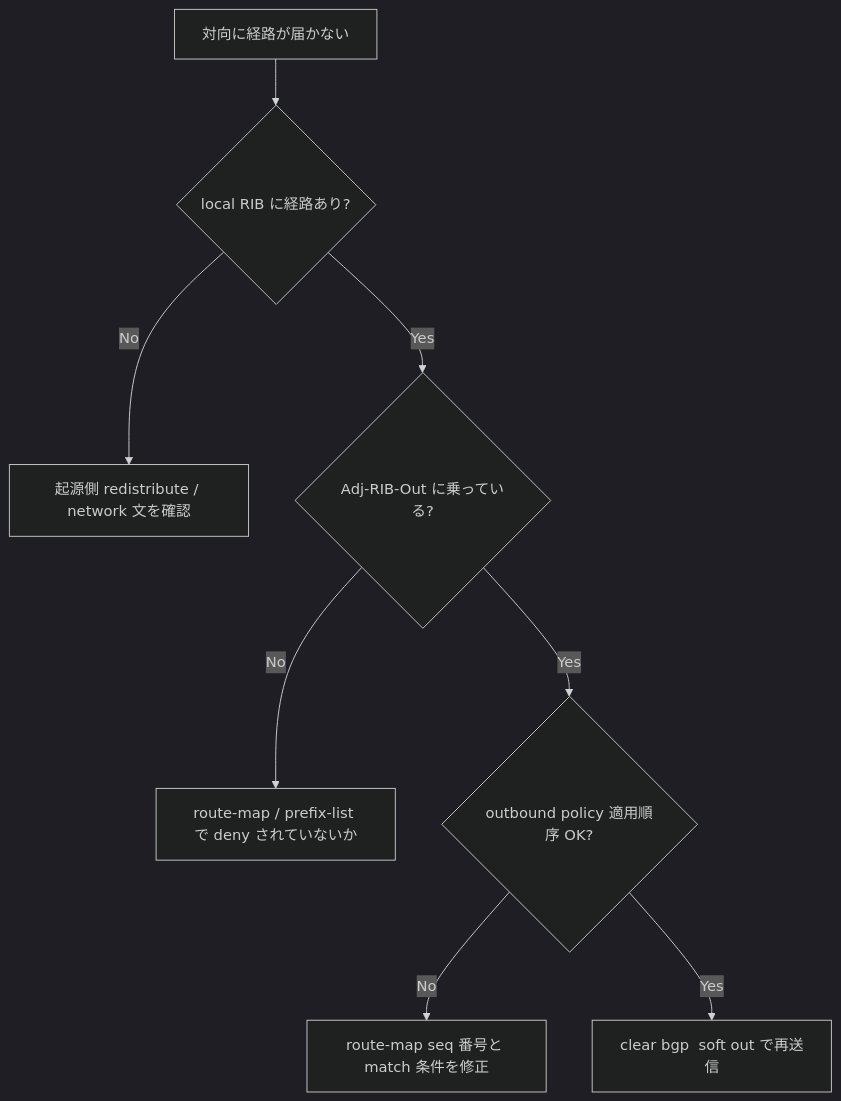
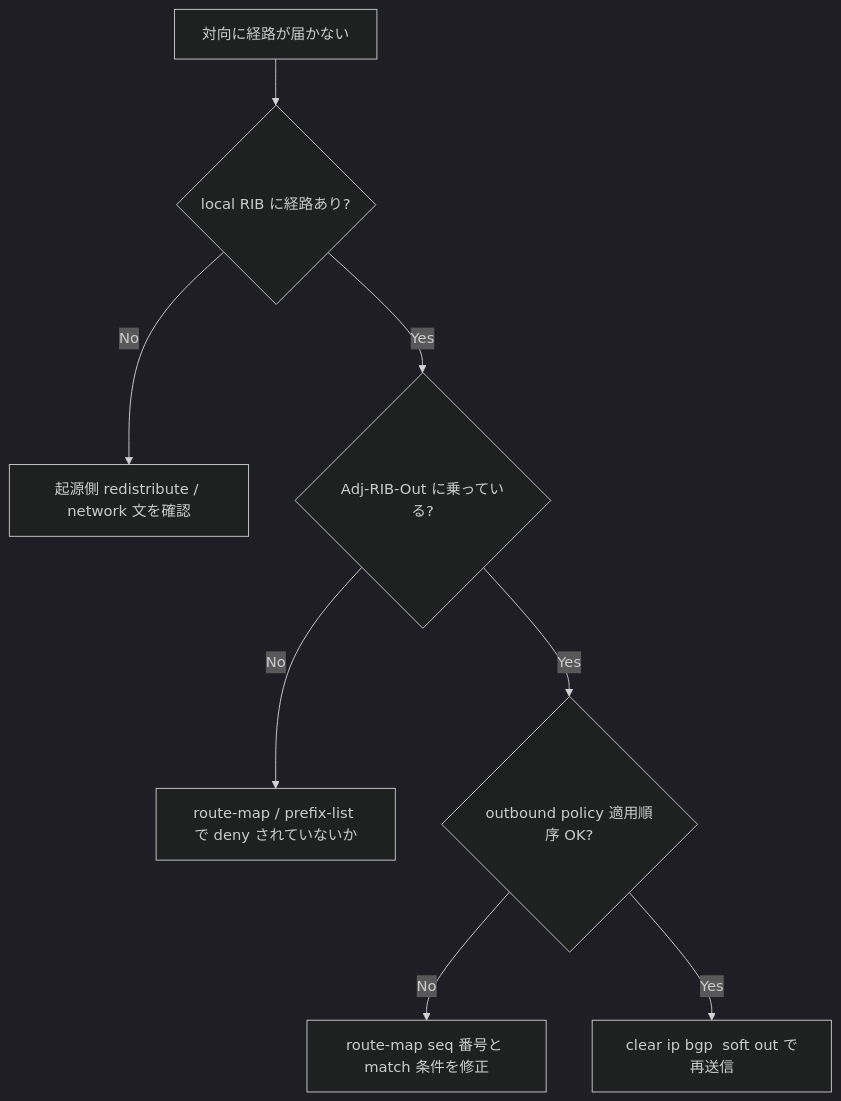
The diagram in docs/reference/runbooks/bgp-route-not-advertised.md (aoki-taquan/sonic-unofficial-docs), drawn with Mermaid (dark theme) before and after one commit. The commit also changed 1 other file, not shown here.

Commit message:
fix(runbooks): 2件の誤記修正 (batch 126)
- bgp-route-not-advertised: mermaid フローの `clear bgp` を `clear ip bgp` に修正
- config-reload-stuck: verification=runbook-verified と矛盾する stale `HLD-only` warning を削除

````diff
--- a/docs/reference/runbooks/bgp-route-not-advertised.md
+++ b/docs/reference/runbooks/bgp-route-not-advertised.md
@@ -42,10 +42,10 @@
 ```mermaid
 flowchart TD
     A[対向に経路が届かない] --> B{local RIB に経路あり?}
     B -- No --> B1[起源側 redistribute / network 文を確認]
     B -- Yes --> C{Adj-RIB-Out に乗っている?}
     C -- No --> C1[route-map / prefix-list で deny されていないか]
     C -- Yes --> D{outbound policy 適用順序 OK?}
     D -- No --> D1[route-map seq 番号と match 条件を修正]
-    D -- Yes --> E[clear bgp <peer> soft out で再送信]
+    D -- Yes --> E[clear ip bgp <peer> soft out で再送信]
 ```
````
